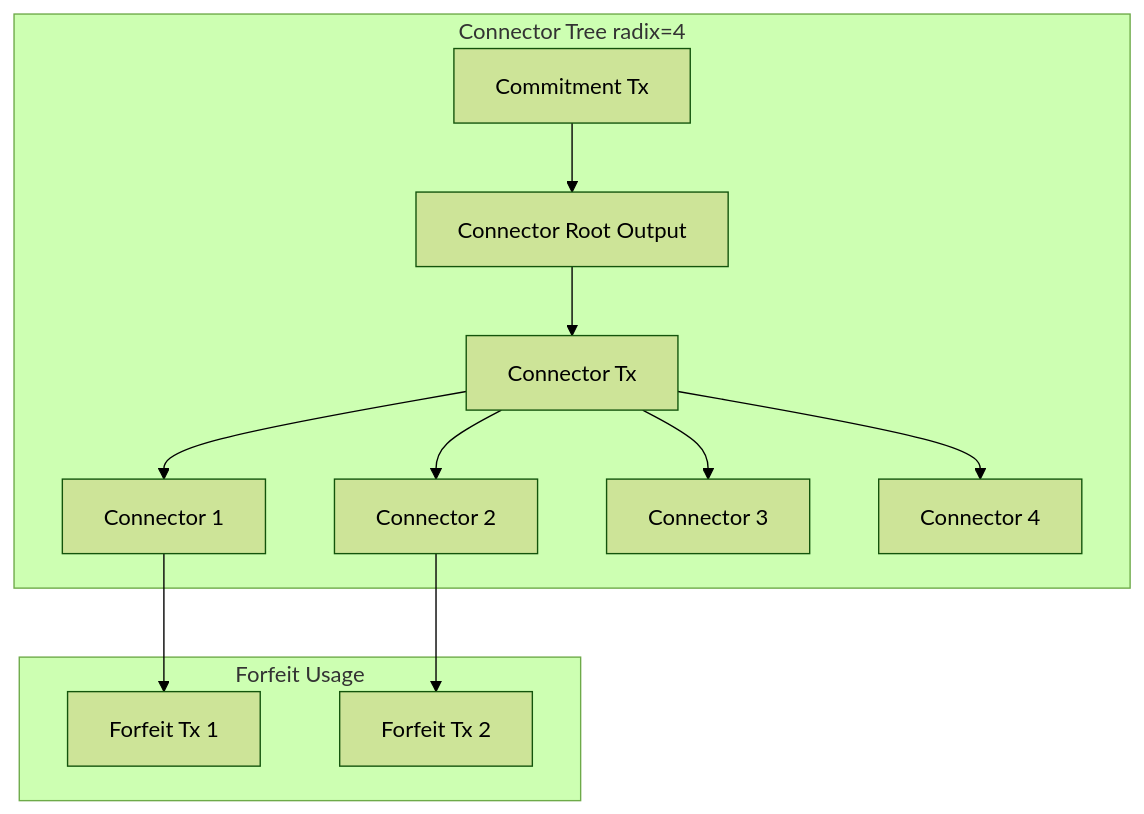
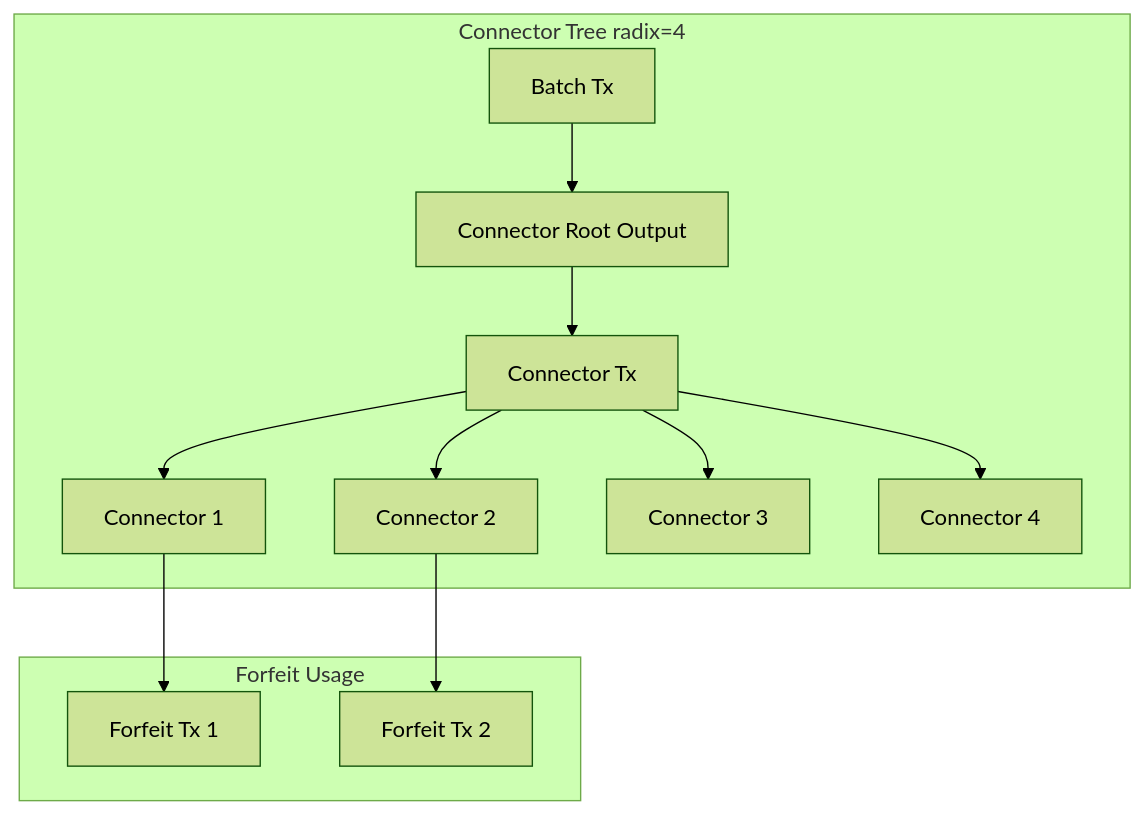
One commit to lightninglabs/wavelength changed the third of 6 diagrams in docs/ark-specs/ARK-01-transactions.md. Above: the diagram before and after it, drawn with Mermaid (forest theme). The commit also changed other lines of this file and 6 other files, not shown here.

````diff
--- a/docs/ark-specs/ARK-01-transactions.md
+++ b/docs/ark-specs/ARK-01-transactions.md
@@ -281,24 +333,24 @@
 ```mermaid
 graph TD
     subgraph "Connector Tree radix=4"
-        CTX[Commitment Tx]
+        CTX[Batch Tx]
         CR[Connector Root Output]
 
         C1[Connector 1]
         C2[Connector 2]
         C3[Connector 3]
         C4[Connector 4]
 
         CTX --> CR
         CR --> CT[Connector Tx]
         CT --> C1
         CT --> C2
         CT --> C3
         CT --> C4
     end
 
     subgraph "Forfeit Usage"
         C1 --> F1[Forfeit Tx 1]
         C2 --> F2[Forfeit Tx 2]
     end
 ```
````
